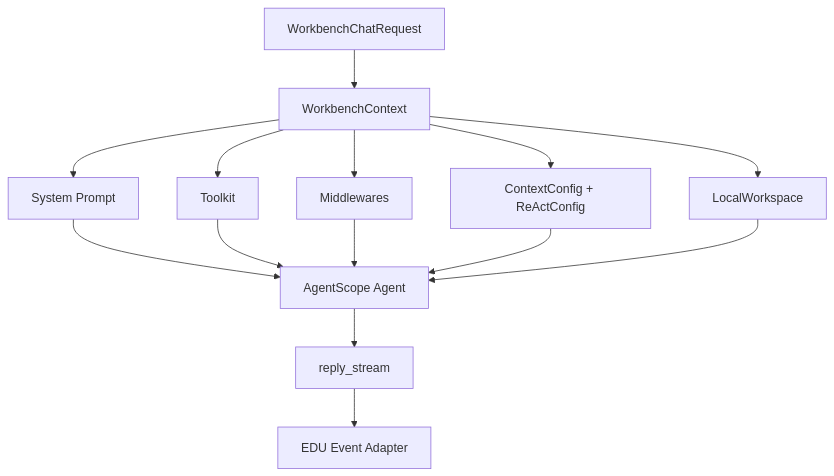
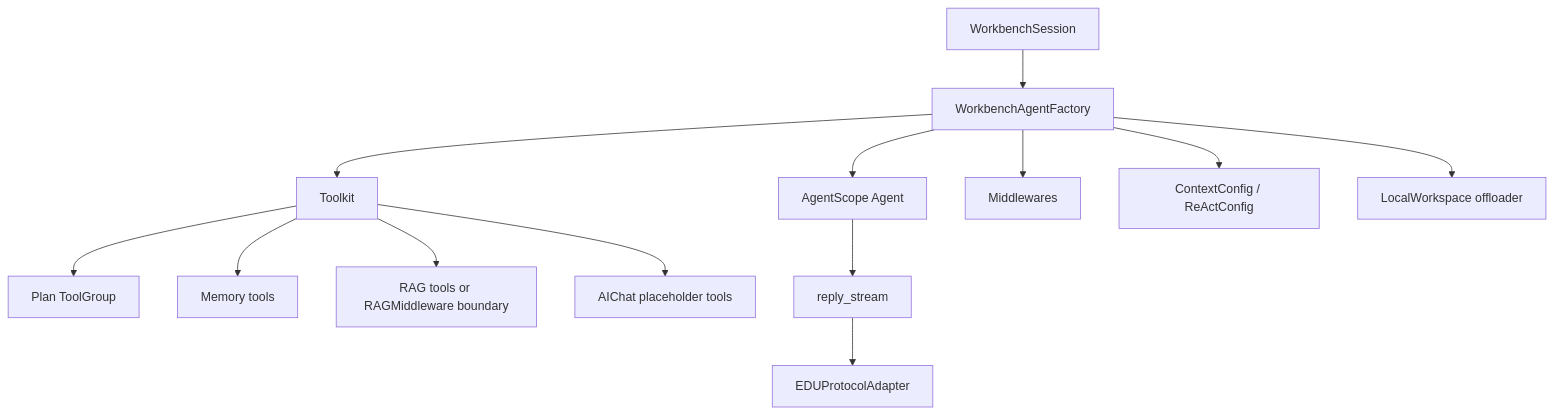
Before and after one commit to coding-leaf/DUagent: the second of 3 diagrams in docs/superpowers/specs/2026-06-30-aichat-workbench-v2-design.md, drawn with Mermaid. The commit also changed other lines of this file and 2 other files, not shown here.

````diff
--- a/docs/superpowers/specs/2026-06-30-aichat-workbench-v2-design.md
+++ b/docs/superpowers/specs/2026-06-30-aichat-workbench-v2-design.md
@@ -94,18 +159,17 @@
 ```mermaid
 flowchart TB
-  Request[WorkbenchChatRequest] --> WC[WorkbenchContext]
-  WC --> WS[LocalWorkspace]
-  WC --> Prompt[System Prompt]
-  WC --> Toolkit[Toolkit]
-  WC --> Middlewares[Middlewares]
-  WC --> Config[ContextConfig + ReActConfig]
+  Session[WorkbenchSession] --> Factory[WorkbenchAgentFactory]
+  Factory --> Agent[AgentScope Agent]
+  Factory --> Toolkit[Toolkit]
+  Factory --> MW[Middlewares]
+  Factory --> Cfg[ContextConfig / ReActConfig]
+  Factory --> WS[LocalWorkspace offloader]
 
-  Prompt --> Agent[AgentScope Agent]
-  Toolkit --> Agent
-  Middlewares --> Agent
-  Config --> Agent
-  WS --> Agent
+  Toolkit --> Plan[Plan ToolGroup]
+  Toolkit --> Memory[Memory tools]
+  Toolkit --> RAG[RAG tools or RAGMiddleware boundary]
+  Toolkit --> Placeholder[AIChat placeholder tools]
 
   Agent --> Stream[reply_stream]
-  Stream --> EDU[EDU Event Adapter]
+  Stream --> Adapter[EDUProtocolAdapter]
 ```
````
